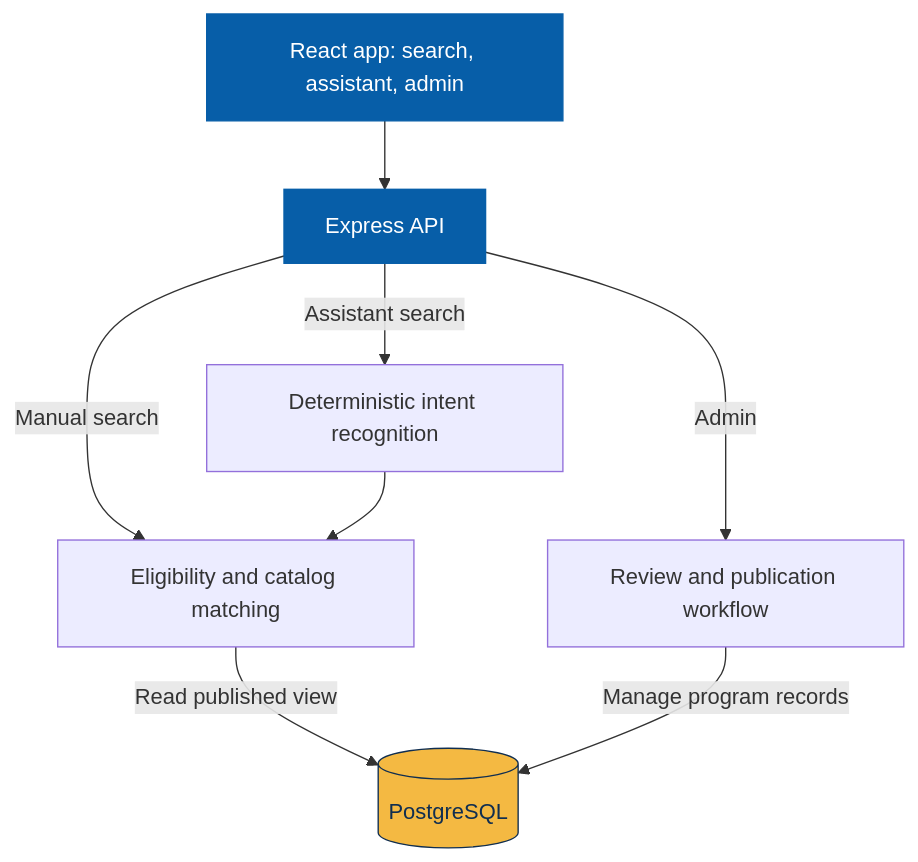
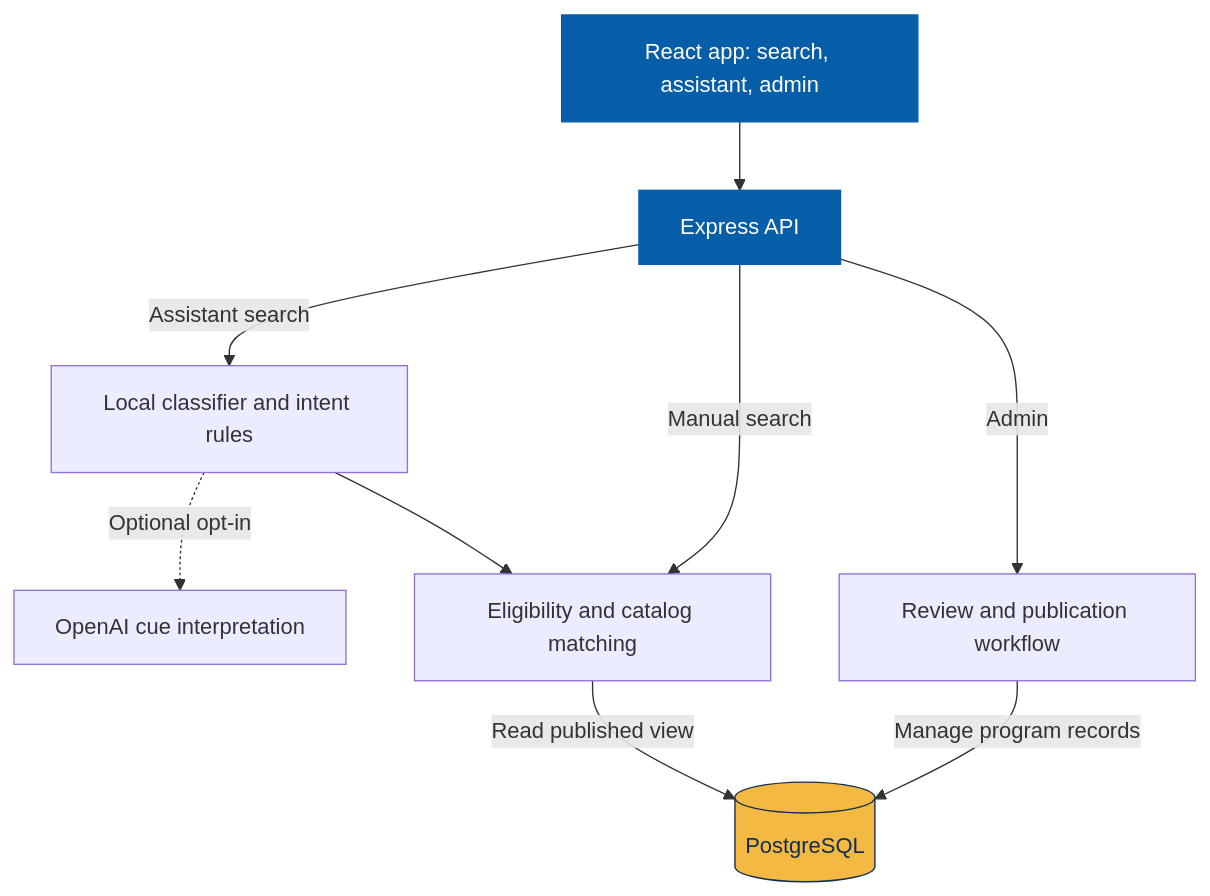
The diagram in README.md (zhkaznel7/BalaQoldau), drawn with Mermaid before and after one commit. The commit also changed other lines of this file and 10 other files, not shown here.

````diff
--- a/README.md
+++ b/README.md
@@ -67,15 +67,16 @@
 ```mermaid
 flowchart TD
     UI["React app: search, assistant, admin"] --> API["Express API"]
-    API -->|Assistant search| Intent["Deterministic intent recognition"]
+    API -->|Assistant search| Intent["Local classifier and intent rules"]
+    Intent -.->|Optional opt-in| OpenAI["OpenAI cue interpretation"]
     API -->|Manual search| Match["Eligibility and catalog matching"]
     Intent --> Match
     API -->|Admin| Verify["Review and publication workflow"]
     Match -->|Read published view| DB[("PostgreSQL")]
     Verify -->|Manage program records| DB
 
     classDef blue fill:#075EA8,stroke:#075EA8,color:#ffffff
     classDef gold fill:#F4B942,stroke:#102E50,color:#102E50
     class UI,API blue
     class DB gold
 ```
````
